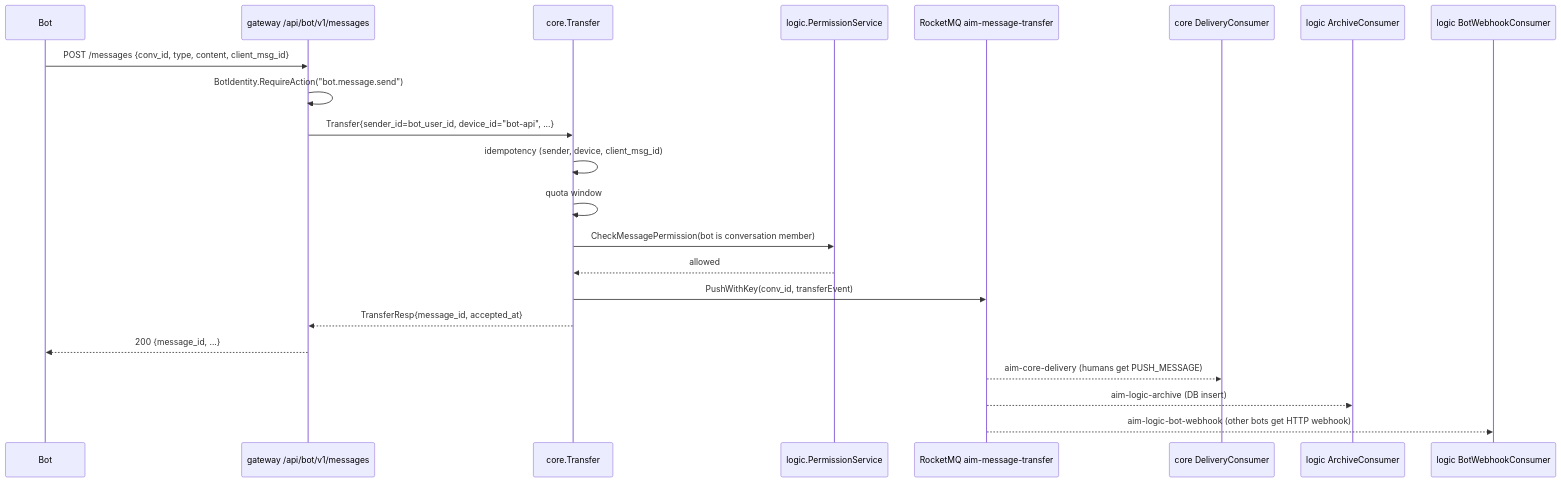
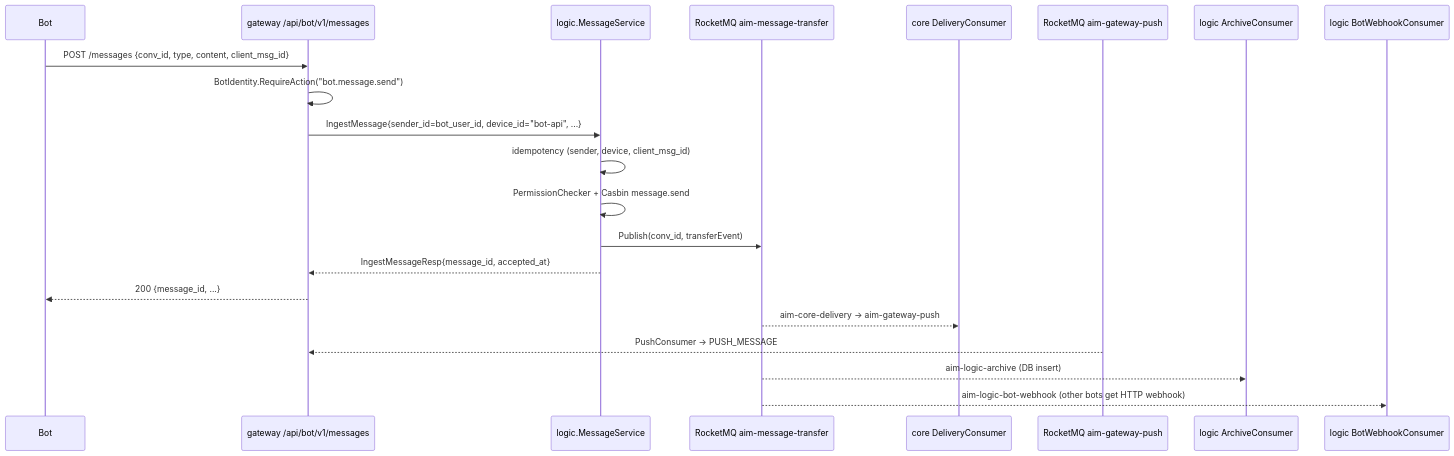
The third of 3 diagrams in skills/aim-bot-domain/references/architecture.md (hellopoisonx/aim), drawn with Mermaid before and after one commit. The commit also changed other lines of this file and 81 other files, not shown here.

````diff
--- a/skills/aim-bot-domain/references/architecture.md
+++ b/skills/aim-bot-domain/references/architecture.md
@@ -64,26 +64,25 @@
 ```mermaid
 sequenceDiagram
   participant Bot
   participant GW as gateway /api/bot/v1/messages
-  participant Core as core.Transfer
-  participant LG as logic.PermissionService
+  participant MSG as logic.MessageService
   participant K as RocketMQ aim-message-transfer
   participant DC as core DeliveryConsumer
+  participant GK as RocketMQ aim-gateway-push
   participant AC as logic ArchiveConsumer
   participant BWC as logic BotWebhookConsumer
 
   Bot->>GW: POST /messages {conv_id, type, content, client_msg_id}
   GW->>GW: BotIdentity.RequireAction("bot.message.send")
-  GW->>Core: Transfer{sender_id=bot_user_id, device_id="bot-api", ...}
-  Core->>Core: idempotency (sender, device, client_msg_id)
-  Core->>Core: quota window
-  Core->>LG: CheckMessagePermission(bot is conversation member)
-  LG-->>Core: allowed
-  Core->>K: PushWithKey(conv_id, transferEvent)
-  Core-->>GW: TransferResp{message_id, accepted_at}
+  GW->>MSG: IngestMessage{sender_id=bot_user_id, device_id="bot-api", ...}
+  MSG->>MSG: idempotency (sender, device, client_msg_id)
+  MSG->>MSG: PermissionChecker + Casbin message.send
+  MSG->>K: Publish(conv_id, transferEvent)
+  MSG-->>GW: IngestMessageResp{message_id, accepted_at}
   GW-->>Bot: 200 {message_id, ...}
 
-  K-->>DC: aim-core-delivery (humans get PUSH_MESSAGE)
+  K-->>DC: aim-core-delivery → aim-gateway-push
+  GK-->>GW: PushConsumer → PUSH_MESSAGE
   K-->>AC: aim-logic-archive (DB insert)
   K-->>BWC: aim-logic-bot-webhook (other bots get HTTP webhook)
 ```
````
